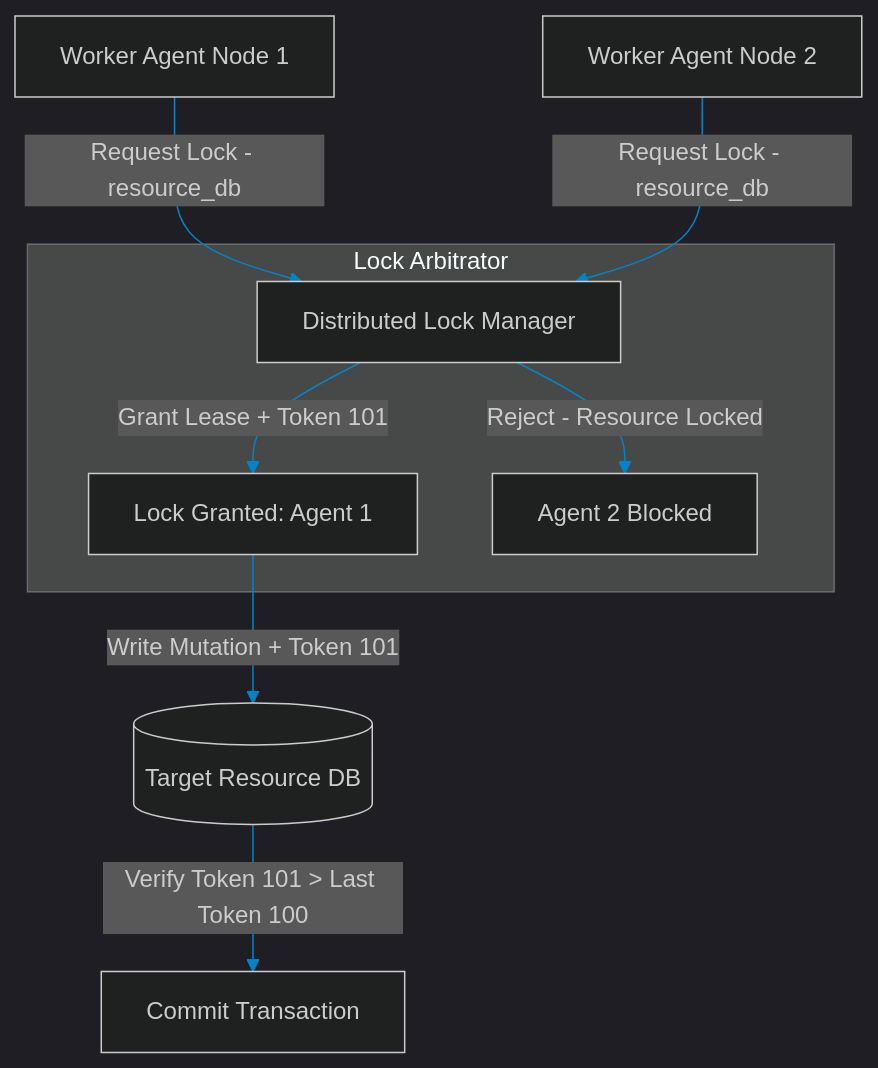
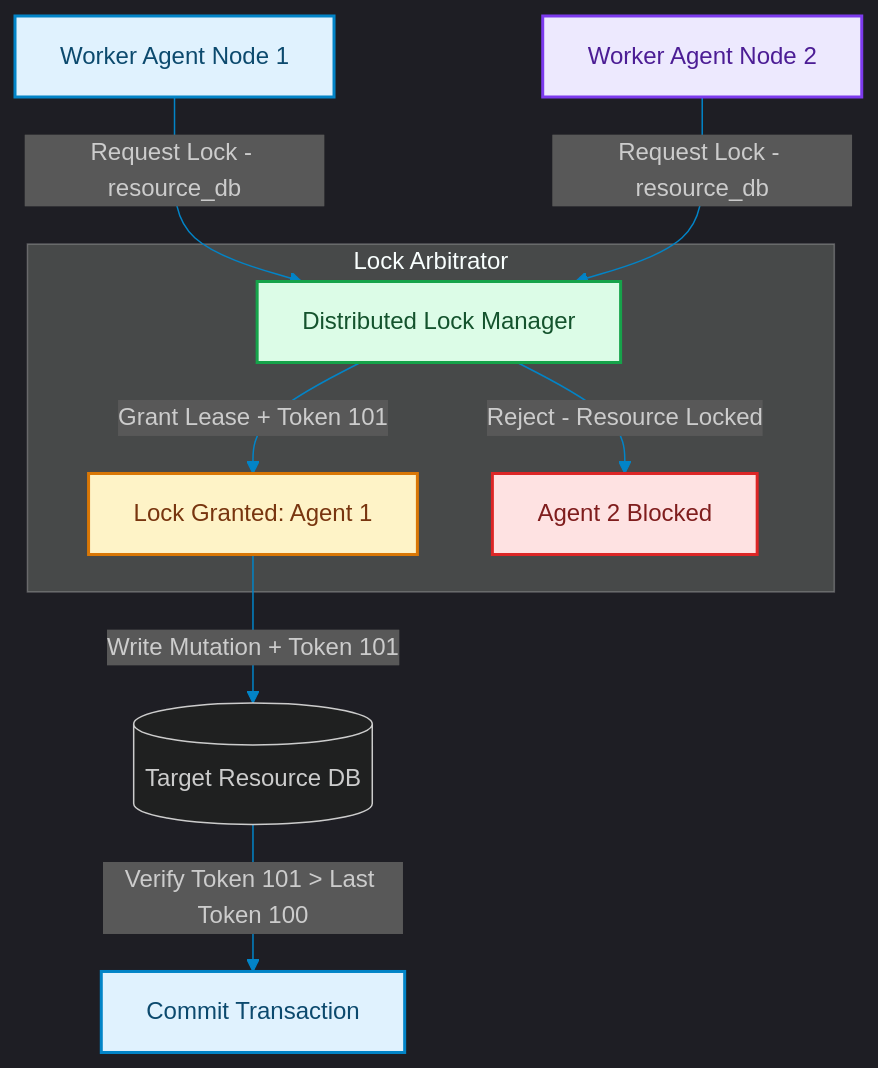
One commit to akmalkhaniub/akmalkhaniub.github.io changed the diagram in blog/posts/system-design-distributed-lock-arbitration-agent-tool-conflicts.md. Above: the diagram before and after it, drawn with Mermaid. The commit also changed other lines of this file and 1291 other files, not shown here.

First line of the commit message:
feat(catalog): unique covers, scholarly references, and diagram palettes

````diff
--- a/blog/posts/system-design-distributed-lock-arbitration-agent-tool-conflicts.md
+++ b/blog/posts/system-design-distributed-lock-arbitration-agent-tool-conflicts.md
@@ -16,14 +16,25 @@
 ```mermaid
 %%{init: {'theme': 'dark', 'themeVariables': { 'primaryColor': '#0284c7', 'primaryTextColor': '#f3f4f6', 'primaryBorderColor': '#38bdf8', 'lineColor': '#0284c7', 'secondaryColor': '#111827', 'tertiaryColor': '#0b0f19'}}}%%
 flowchart TD
-    Agent1[Worker Agent Node 1] -->|Request Lock - resource_db| LockMgr[Distributed Lock Manager]
-    Agent2[Worker Agent Node 2] -->|Request Lock - resource_db| LockMgr
+    Agent1["Worker Agent Node 1"] -->|Request Lock - resource_db| LockMgr["Distributed Lock Manager"]
+    Agent2["Worker Agent Node 2"] -->|Request Lock - resource_db| LockMgr
     
     subgraph SG1_LockArbitrator ["Lock Arbitrator"]
-        LockMgr -->|Grant Lease + Token 101| Lease1[Lock Granted: Agent 1]
-        LockMgr -->|Reject - Resource Locked| Lockout[Agent 2 Blocked]
+        LockMgr -->|Grant Lease + Token 101| Lease1["Lock Granted: Agent 1"]
+        LockMgr -->|Reject - Resource Locked| Lockout["Agent 2 Blocked"]
     end
     
     Lease1 -->|Write Mutation + Token 101| Storage[(Target Resource DB)]
-    Storage -->|Verify Token 101 > Last Token 100| Commit[Commit Transaction]
+    Storage -->|Verify Token 101 > Last Token 100| Commit["Commit Transaction"]
+
+classDef green fill:#dcfce7,stroke:#16a34a,stroke-width:2px,color:#14532d;
+classDef red fill:#fee2e2,stroke:#dc2626,stroke-width:2px,color:#7f1d1d;
+classDef blue fill:#e0f2fe,stroke:#0284c7,stroke-width:2px,color:#0c4a6e;
+classDef yellow fill:#fef3c7,stroke:#d97706,stroke-width:2px,color:#78350f;
+classDef purple fill:#ede9fe,stroke:#7c3aed,stroke-width:2px,color:#4c1d95;
+class Agent1,Commit blue
+class LockMgr green
+class Agent2 purple
+class Lease1 yellow
+class Lockout red
 ```
````
